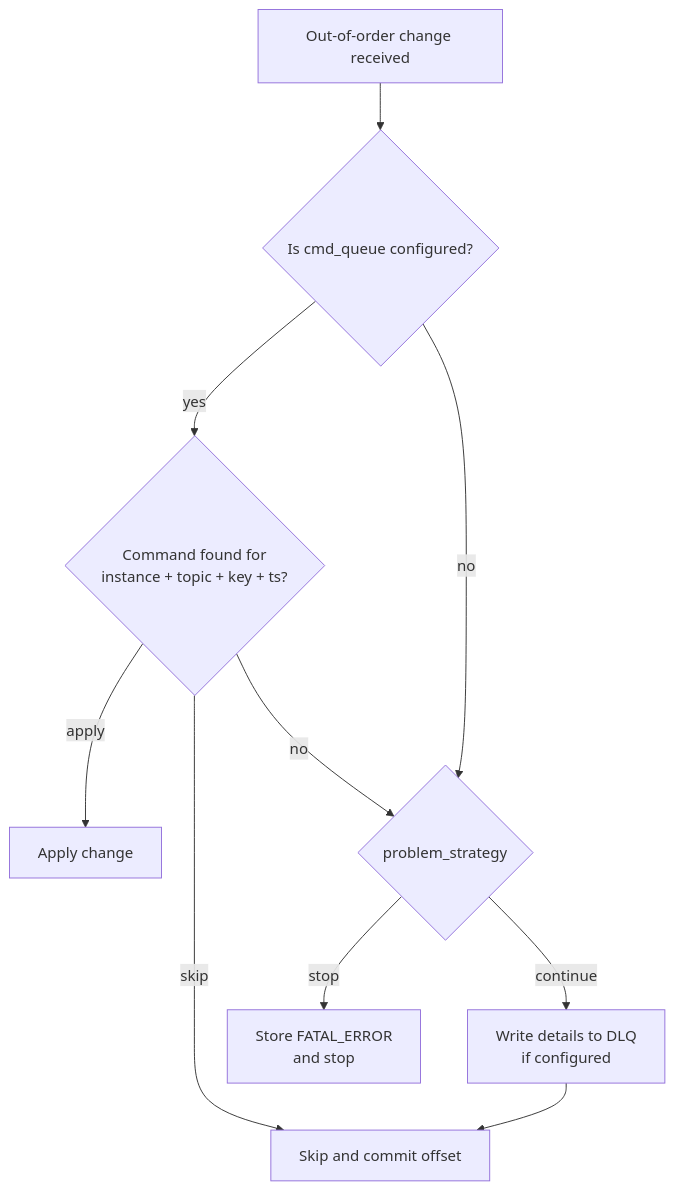
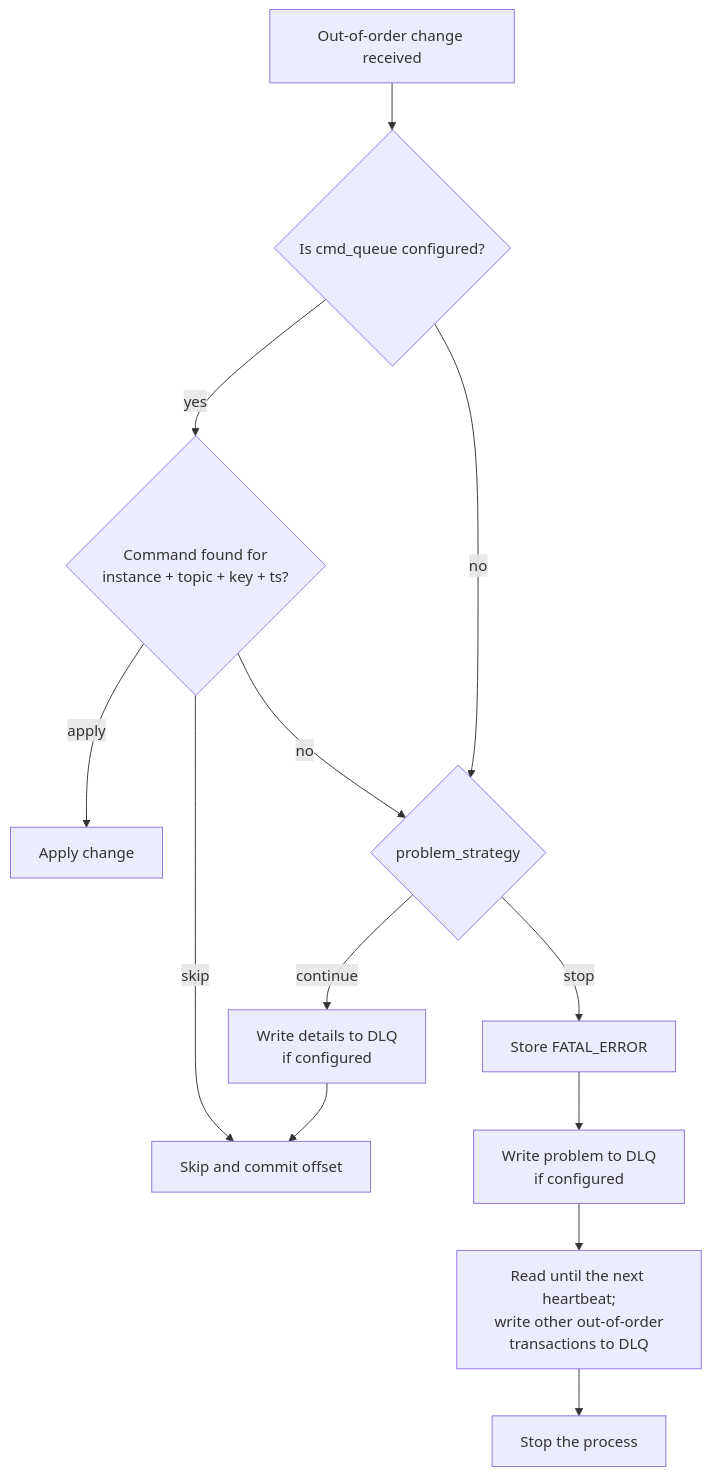
One commit to ydb-platform/aardappel changed the fourth of 8 diagrams in README.md. Above: the diagram before and after it, drawn with Mermaid. The commit also changed other lines of this file, not shown here.

````diff
--- a/README.md
+++ b/README.md
@@ -554,12 +582,15 @@
 ```mermaid
 flowchart TD
     O[Out-of-order change received] --> C{Is cmd_queue configured?}
     C -->|yes| F{Command found for<br/>instance + topic + key + ts?}
     F -->|apply| A[Apply change]
     F -->|skip| S[Skip and commit offset]
     F -->|no| P{problem_strategy}
     C -->|no| P
     P -->|continue| D[Write details to DLQ<br/>if configured]
     D --> S
-    P -->|stop| E[Store FATAL_ERROR<br/>and stop]
+    P -->|stop| E[Store FATAL_ERROR]
+    E --> SD[Write problem to DLQ<br/>if configured]
+    SD --> R[Read until the next heartbeat;<br/>write other out-of-order<br/>transactions to DLQ]
+    R --> X[Stop the process]
 ```
````
